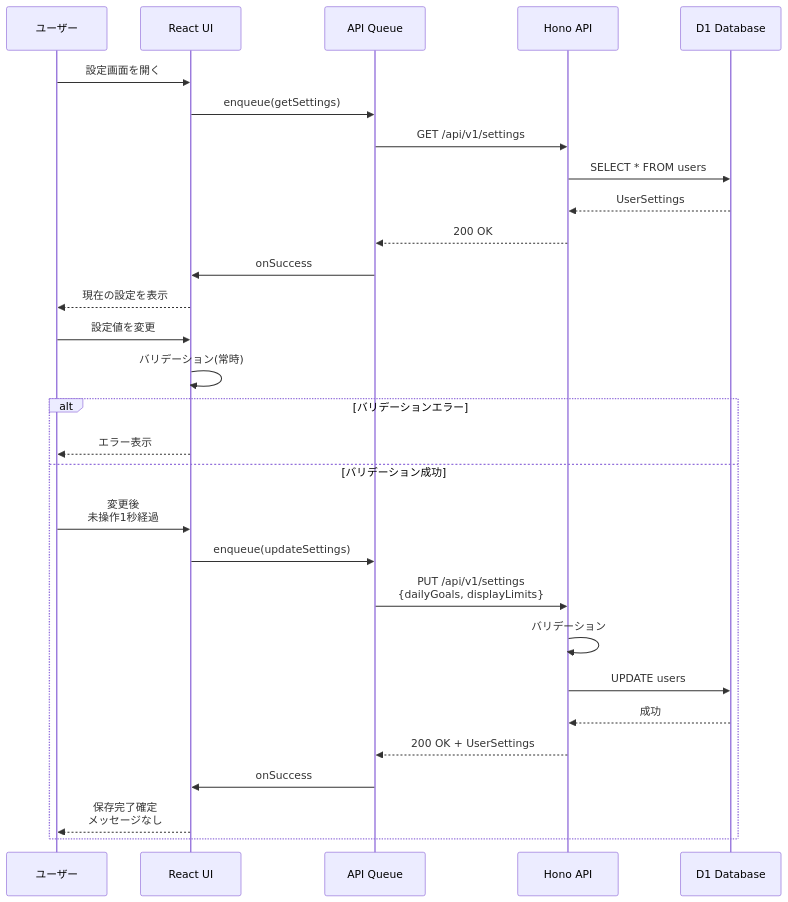
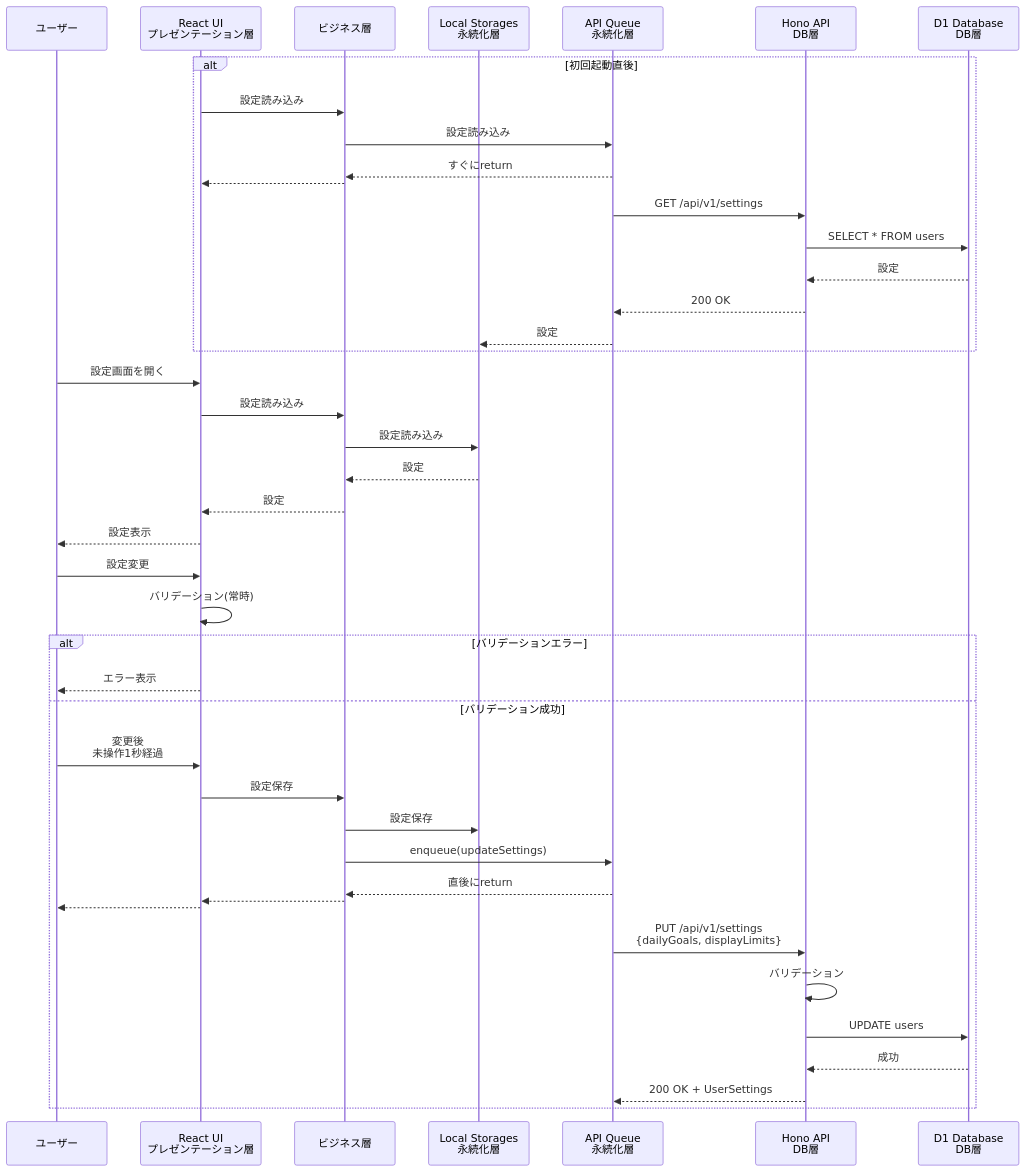
The sixth of 7 diagrams in doc/05_05_FUNCTIONAL_SPEC.md (osawa-naotaka/vanishtodo), drawn with Mermaid before and after one commit. The commit also changed other lines of this file and 1 other file, not shown here.

Commit message:
機能仕様書の状態遷移図を簡略化、機能仕様を一部記述方法修正。アーキテクチャの競合解決ポリシーを記述。

````diff
--- a/doc/05_05_FUNCTIONAL_SPEC.md
+++ b/doc/05_05_FUNCTIONAL_SPEC.md
@@ -351,34 +190,53 @@
 ```mermaid
 sequenceDiagram
     participant User as ユーザー
-    participant UI as React UI
-    participant Queue as API Queue
-    participant API as Hono API
-    participant DB as D1 Database
+    participant UI as React UI<br>プレゼンテーション層
+    participant Business as ビジネス層
+    participant Local as Local Storages<br>永続化層
+    participant Queue as API Queue<br>永続化層
+    participant API as Hono API<br>DB層
+    participant DB as D1 Database<br>DB層
+
+    alt 初回起動直後
+         UI->>Business: 設定読み込み
+         Business->>Queue: 設定読み込み
+         Queue-->>Business: すぐにreturn
+         Business-->>UI: 
+         Queue->>API: GET /api/v1/settings
+         API->>DB: SELECT * FROM users
+         DB-->>API: 設定
+         API-->>Queue: 200 OK
+         Queue-->>Local: 設定
+
+    end
     
     User->>UI: 設定画面を開く
-    UI->>Queue: enqueue(getSettings)
-    Queue->>API: GET /api/v1/settings
-    API->>DB: SELECT * FROM users
-    DB-->>API: UserSettings
-    API-->>Queue: 200 OK
-    Queue->>UI: onSuccess
-    UI-->>User: 現在の設定を表示
-    
-    User->>UI: 設定値を変更
+    UI->>Business: 設定読み込み
+    Business->>Local: 設定読み込み 
+    Local-->>Business: 設定
+    Business-->>UI: 設定
+    UI-->>User: 設定表示
+
+    User->>UI: 設定変更
+
+
+
     
     UI->>UI: バリデーション(常時)
     alt バリデーションエラー
         UI-->>User: エラー表示
     else バリデーション成功
         User->>UI: 変更後<br>未操作1秒経過
-        UI->>Queue: enqueue(updateSettings)
+        UI->>Business: 設定保存
+        Business->>Local: 設定保存
+        Business->>Queue: enqueue(updateSettings)
+        Queue-->>Business: 直後にreturn
+        Business-->>UI: 
+        UI-->>User:
         Queue->>API: PUT /api/v1/settings<br/>{dailyGoals, displayLimits}
         API->>API: バリデーション
         API->>DB: UPDATE users
         DB-->>API: 成功
         API-->>Queue: 200 OK + UserSettings
-        Queue->>UI: onSuccess
-        UI-->>User: 保存完了確定<br>メッセージなし
-    end
+   end
 ```
````
